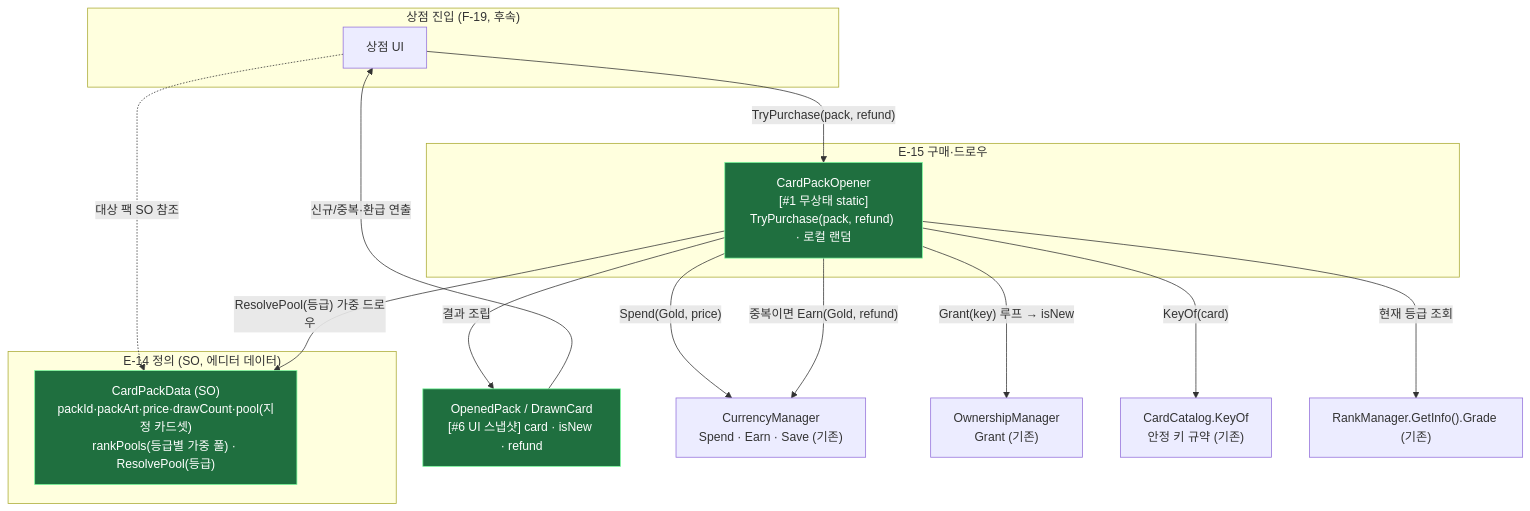
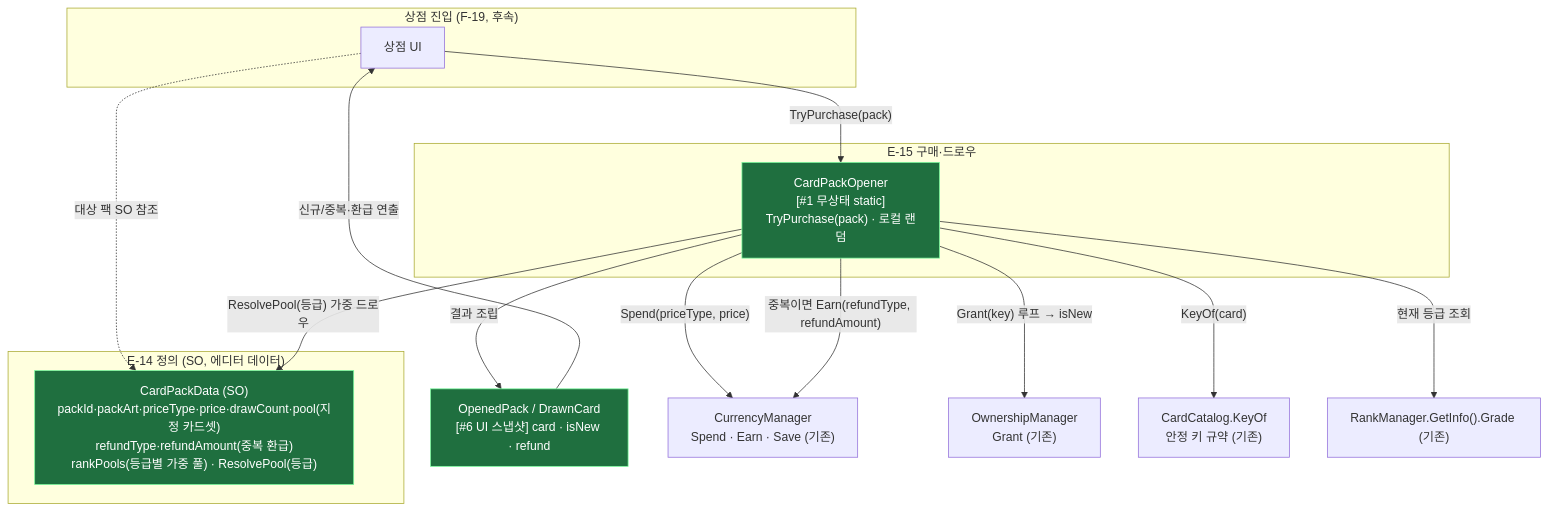
One commit to hspark-maker/TeamfightTCG_Migriation changed the fourth of 20 diagrams in docs/OutGamePlan/STRUCTURE.md. Above: the diagram before and after it, drawn with Mermaid. The commit also changed other lines of this file and 45 other files, not shown here.

````diff
--- a/docs/OutGamePlan/STRUCTURE.md
+++ b/docs/OutGamePlan/STRUCTURE.md
@@ -140,31 +140,31 @@
 ```mermaid
 flowchart TD
     subgraph shop["상점 진입 (F-19, 후속)"]
         SHOP["상점 UI"]
     end
     subgraph def["E-14 정의 (SO, 에디터 데이터)"]
-        DEF["CardPackData (SO)<br/>packId·packArt·price·drawCount·pool(지정 카드셋)<br/>rankPools(등급별 가중 풀) · ResolvePool(등급)"]:::new
+        DEF["CardPackData (SO)<br/>packId·packArt·priceType·price·drawCount·pool(지정 카드셋)<br/>refundType·refundAmount(중복 환급)<br/>rankPools(등급별 가중 풀) · ResolvePool(등급)"]:::new
     end
     subgraph svc["E-15 구매·드로우"]
-        SVC["CardPackOpener<br/>[#1 무상태 static]<br/>TryPurchase(pack, refund) · 로컬 랜덤"]:::new
+        SVC["CardPackOpener<br/>[#1 무상태 static]<br/>TryPurchase(pack) · 로컬 랜덤"]:::new
     end
     RES["OpenedPack / DrawnCard<br/>[#6 UI 스냅샷] card · isNew · refund"]:::new
 
     CUR["CurrencyManager<br/>Spend · Earn · Save (기존)"]
     OWN["OwnershipManager<br/>Grant (기존)"]
     KEY["CardCatalog.KeyOf<br/>안정 키 규약 (기존)"]
     RANK["RankManager.GetInfo().Grade (기존)"]
 
-    SHOP -->|"TryPurchase(pack, refund)"| SVC
+    SHOP -->|"TryPurchase(pack)"| SVC
     SHOP -.->|"대상 팩 SO 참조"| DEF
     SVC -->|"현재 등급 조회"| RANK
-    SVC -->|"Spend(Gold, price)"| CUR
+    SVC -->|"Spend(priceType, price)"| CUR
     SVC -->|"ResolvePool(등급) 가중 드로우"| DEF
     SVC -->|"KeyOf(card)"| KEY
     SVC -->|"Grant(key) 루프 → isNew"| OWN
-    SVC -->|"중복이면 Earn(Gold, refund)"| CUR
+    SVC -->|"중복이면 Earn(refundType, refundAmount)"| CUR
     SVC -->|"결과 조립"| RES
     RES -->|"신규/중복·환급 연출"| SHOP
 
     classDef new fill:#1f6f3f,stroke:#7CFC9E,color:#fff;
 ```
````
